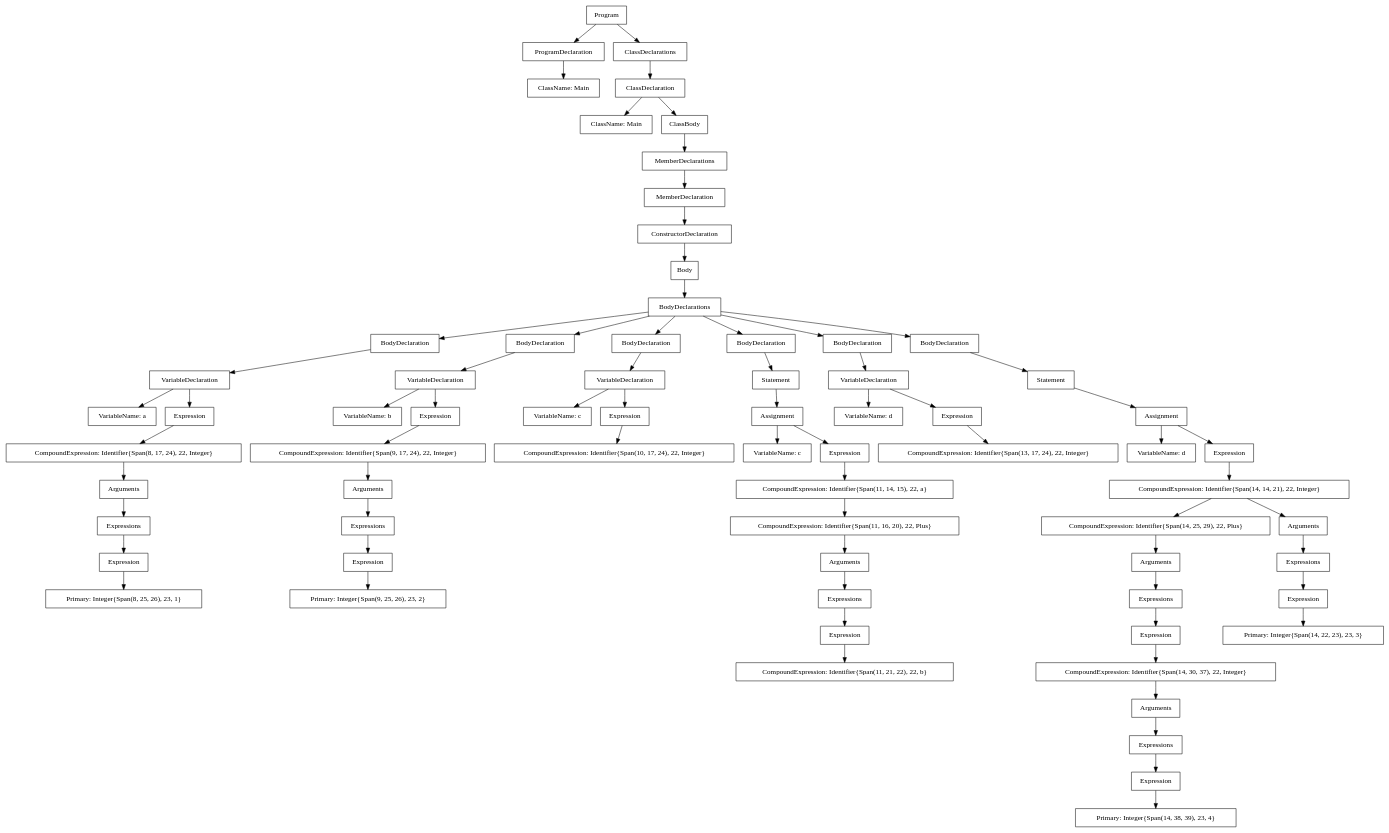
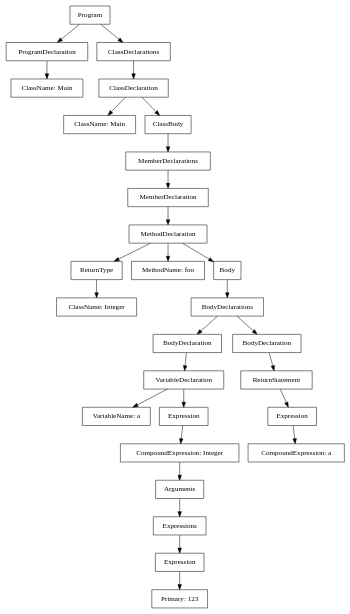
The diagram in tree.dot (MagicWinnie/IU_Compilulki_Compiler), drawn with Graphviz before and after one commit. The commit also changed 17 other files, not shown here.

```diff
--- a/tree.dot
+++ b/tree.dot
@@ -1,142 +1,58 @@
 digraph tree {
 	"0" [label="Program", shape=box]
 	"1" [label="ProgramDeclaration", shape=box]
 	"3" [label="ClassDeclarations", shape=box]
 	"2" [label="ClassName: Main", shape=box]
 	"4" [label="ClassDeclaration", shape=box]
 	"5" [label="ClassName: Main", shape=box]
 	"6" [label="ClassBody", shape=box]
 	"7" [label="MemberDeclarations", shape=box]
 	"8" [label="MemberDeclaration", shape=box]
-	"9" [label="ConstructorDeclaration", shape=box]
+	"9" [label="MethodDeclaration", shape=box]
+	"25" [label="ReturnType", shape=box]
+	"27" [label="MethodName: foo", shape=box]
 	"10" [label="Body", shape=box]
+	"26" [label="ClassName: Integer", shape=box]
 	"11" [label="BodyDeclarations", shape=box]
 	"12" [label="BodyDeclaration", shape=box]
 	"21" [label="BodyDeclaration", shape=box]
-	"30" [label="BodyDeclaration", shape=box]
-	"35" [label="BodyDeclaration", shape=box]
-	"46" [label="BodyDeclaration", shape=box]
-	"51" [label="BodyDeclaration", shape=box]
 	"13" [label="VariableDeclaration", shape=box]
-	"22" [label="VariableDeclaration", shape=box]
-	"31" [label="VariableDeclaration", shape=box]
-	"36" [label="Statement", shape=box]
-	"47" [label="VariableDeclaration", shape=box]
-	"52" [label="Statement", shape=box]
+	"22" [label="ReturnStatement", shape=box]
 	"20" [label="VariableName: a", shape=box]
 	"14" [label="Expression", shape=box]
-	"29" [label="VariableName: b", shape=box]
 	"23" [label="Expression", shape=box]
-	"34" [label="VariableName: c", shape=box]
-	"32" [label="Expression", shape=box]
-	"37" [label="Assignment", shape=box]
-	"50" [label="VariableName: d", shape=box]
-	"48" [label="Expression", shape=box]
-	"53" [label="Assignment", shape=box]
-	"15" [label="CompoundExpression: Identifier{Span(8, 17, 24), 22, Integer}", shape=box]
-	"24" [label="CompoundExpression: Identifier{Span(9, 17, 24), 22, Integer}", shape=box]
-	"33" [label="CompoundExpression: Identifier{Span(10, 17, 24), 22, Integer}", shape=box]
-	"45" [label="VariableName: c", shape=box]
-	"38" [label="Expression", shape=box]
-	"49" [label="CompoundExpression: Identifier{Span(13, 17, 24), 22, Integer}", shape=box]
-	"69" [label="VariableName: d", shape=box]
-	"54" [label="Expression", shape=box]
+	"15" [label="CompoundExpression: Integer", shape=box]
+	"24" [label="CompoundExpression: a", shape=box]
 	"16" [label="Arguments", shape=box]
-	"25" [label="Arguments", shape=box]
-	"39" [label="CompoundExpression: Identifier{Span(11, 14, 15), 22, a}", shape=box]
-	"55" [label="CompoundExpression: Identifier{Span(14, 14, 21), 22, Integer}", shape=box]
 	"17" [label="Expressions", shape=box]
-	"26" [label="Expressions", shape=box]
-	"40" [label="CompoundExpression: Identifier{Span(11, 16, 20), 22, Plus}", shape=box]
-	"60" [label="CompoundExpression: Identifier{Span(14, 25, 29), 22, Plus}", shape=box]
-	"56" [label="Arguments", shape=box]
 	"18" [label="Expression", shape=box]
-	"27" [label="Expression", shape=box]
-	"41" [label="Arguments", shape=box]
-	"61" [label="Arguments", shape=box]
-	"57" [label="Expressions", shape=box]
-	"19" [label="Primary: Integer{Span(8, 25, 26), 23, 1}", shape=box]
-	"28" [label="Primary: Integer{Span(9, 25, 26), 23, 2}", shape=box]
-	"42" [label="Expressions", shape=box]
-	"62" [label="Expressions", shape=box]
-	"58" [label="Expression", shape=box]
-	"43" [label="Expression", shape=box]
-	"63" [label="Expression", shape=box]
-	"59" [label="Primary: Integer{Span(14, 22, 23), 23, 3}", shape=box]
-	"44" [label="CompoundExpression: Identifier{Span(11, 21, 22), 22, b}", shape=box]
-	"64" [label="CompoundExpression: Identifier{Span(14, 30, 37), 22, Integer}", shape=box]
-	"65" [label="Arguments", shape=box]
-	"66" [label="Expressions", shape=box]
-	"67" [label="Expression", shape=box]
-	"68" [label="Primary: Integer{Span(14, 38, 39), 23, 4}", shape=box]
+	"19" [label="Primary: 123", shape=box]
 
 	"0" -> "1"
 	"0" -> "3"
 	"1" -> "2"
 	"3" -> "4"
 	"4" -> "5"
 	"4" -> "6"
 	"6" -> "7"
 	"7" -> "8"
 	"8" -> "9"
 	"9" -> "10"
+	"9" -> "25"
+	"9" -> "27"
+	"25" -> "26"
 	"10" -> "11"
 	"11" -> "12"
 	"11" -> "21"
-	"11" -> "30"
-	"11" -> "35"
-	"11" -> "46"
-	"11" -> "51"
 	"12" -> "13"
 	"21" -> "22"
-	"30" -> "31"
-	"35" -> "36"
-	"46" -> "47"
-	"51" -> "52"
 	"13" -> "14"
 	"13" -> "20"
 	"22" -> "23"
-	"22" -> "29"
-	"31" -> "32"
-	"31" -> "34"
-	"36" -> "37"
-	"47" -> "48"
-	"47" -> "50"
-	"52" -> "53"
 	"14" -> "15"
 	"23" -> "24"
-	"32" -> "33"
-	"37" -> "38"
-	"37" -> "45"
-	"48" -> "49"
-	"53" -> "54"
-	"53" -> "69"
 	"15" -> "16"
-	"24" -> "25"
-	"38" -> "39"
-	"54" -> "55"
 	"16" -> "17"
-	"25" -> "26"
-	"39" -> "40"
-	"55" -> "56"
-	"55" -> "60"
 	"17" -> "18"
-	"26" -> "27"
-	"40" -> "41"
-	"60" -> "61"
-	"56" -> "57"
 	"18" -> "19"
-	"27" -> "28"
-	"41" -> "42"
-	"61" -> "62"
-	"57" -> "58"
-	"42" -> "43"
-	"62" -> "63"
-	"58" -> "59"
-	"43" -> "44"
-	"63" -> "64"
-	"64" -> "65"
-	"65" -> "66"
-	"66" -> "67"
-	"67" -> "68"
 }
```
